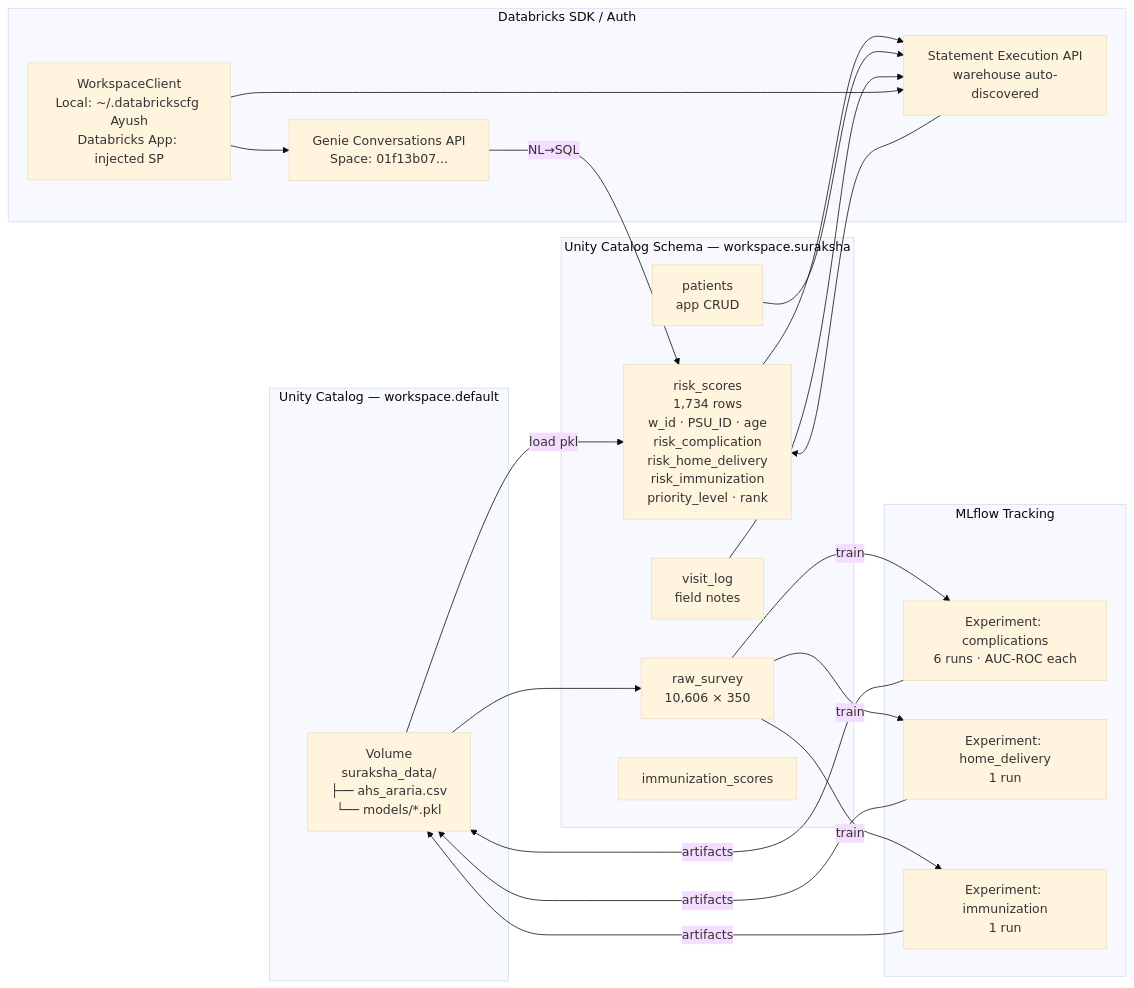
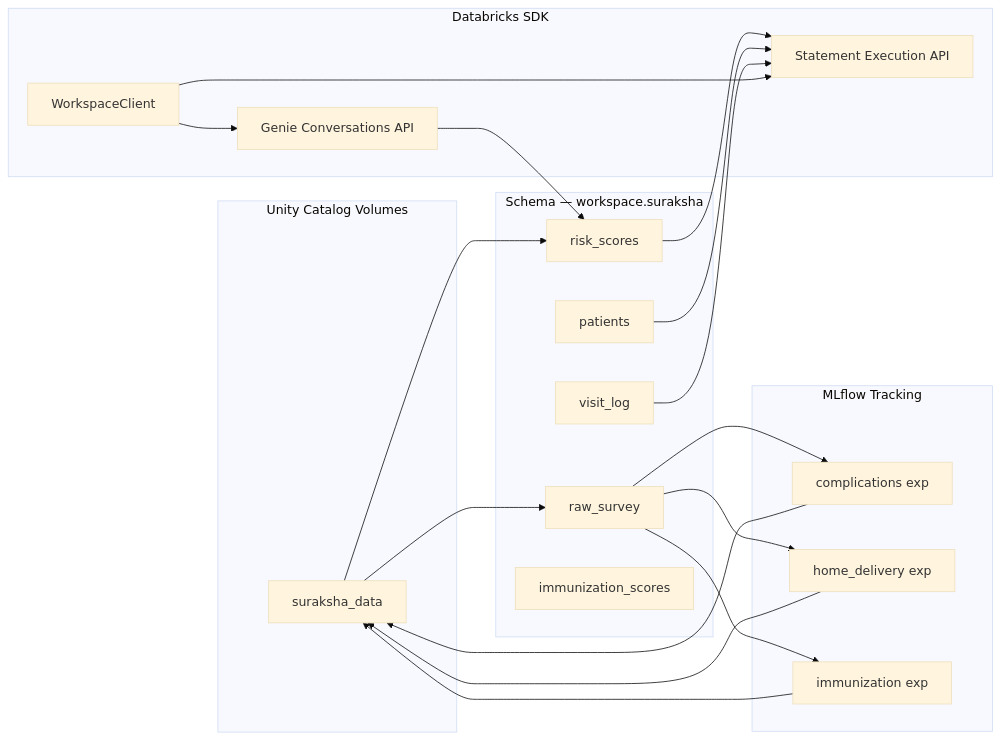
One commit to Scav6411/SurakshaSakhi changed the second of 3 diagrams in README.md. Above: the diagram before and after it, drawn with Mermaid (base theme). The commit also changed other lines of this file, not shown here.

````diff
--- a/README.md
+++ b/README.md
@@ -93,35 +103,41 @@
 ```mermaid
 flowchart LR
-    subgraph UC["Unity Catalog — workspace.default"]
-        VOL["Volume\nsuraksha_data/\n├── ahs_araria.csv\n└── models/*.pkl"]
+    subgraph UC["Unity Catalog Volumes"]
+        VOL["suraksha_data"]
     end
 
-    subgraph Schema["Unity Catalog Schema — workspace.suraksha"]
-        T1["raw_survey\n10,606 × 350"]
-        T2["risk_scores\n1,734 rows\nw_id · PSU_ID · age\nrisk_complication\nrisk_home_delivery\nrisk_immunization\npriority_level · rank"]
-        T3["patients\napp CRUD"]
-        T4["visit_log\nfield notes"]
+    subgraph Schema["Schema — workspace.suraksha"]
+        T1["raw_survey"]
+        T2["risk_scores"]
+        T3["patients"]
+        T4["visit_log"]
         T5["immunization_scores"]
     end
 
     subgraph MLflow["MLflow Tracking"]
-        EXP1["Experiment: complications\n6 runs · AUC-ROC each"]
-        EXP2["Experiment: home_delivery\n1 run"]
-        EXP3["Experiment: immunization\n1 run"]
+        EXP1["complications exp"]
+        EXP2["home_delivery exp"]
+        EXP3["immunization exp"]
     end
 
-    subgraph SDK["Databricks SDK / Auth"]
-        AUTH["WorkspaceClient\nLocal: ~/.databrickscfg Ayush\nDatabricks App: injected SP"]
-        SQLAPI["Statement Execution API\nwarehouse auto-discovered"]
-        GENIEAPI["Genie Conversations API\nSpace: 01f13b07..."]
+    subgraph SDK["Databricks SDK"]
+        AUTH["WorkspaceClient"]
+        SQLAPI["Statement Execution API"]
+        GENIEAPI["Genie Conversations API"]
     end
 
     VOL --> T1
-    T1 -->|train| EXP1 & EXP2 & EXP3
-    EXP1 & EXP2 & EXP3 -->|artifacts| VOL
-    VOL -->|load pkl| T2
-    T2 & T3 & T4 --> SQLAPI
-    AUTH --> SQLAPI & GENIEAPI
-    SQLAPI --> T2
-    GENIEAPI -->|NL→SQL| T2
+    T1 --> EXP1
+    T1 --> EXP2
+    T1 --> EXP3
+    EXP1 --> VOL
+    EXP2 --> VOL
+    EXP3 --> VOL
+    VOL --> T2
+    T2 --> SQLAPI
+    T3 --> SQLAPI
+    T4 --> SQLAPI
+    AUTH --> SQLAPI
+    AUTH --> GENIEAPI
+    GENIEAPI --> T2
 ```
````
